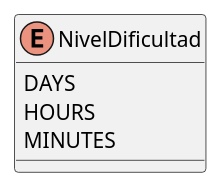
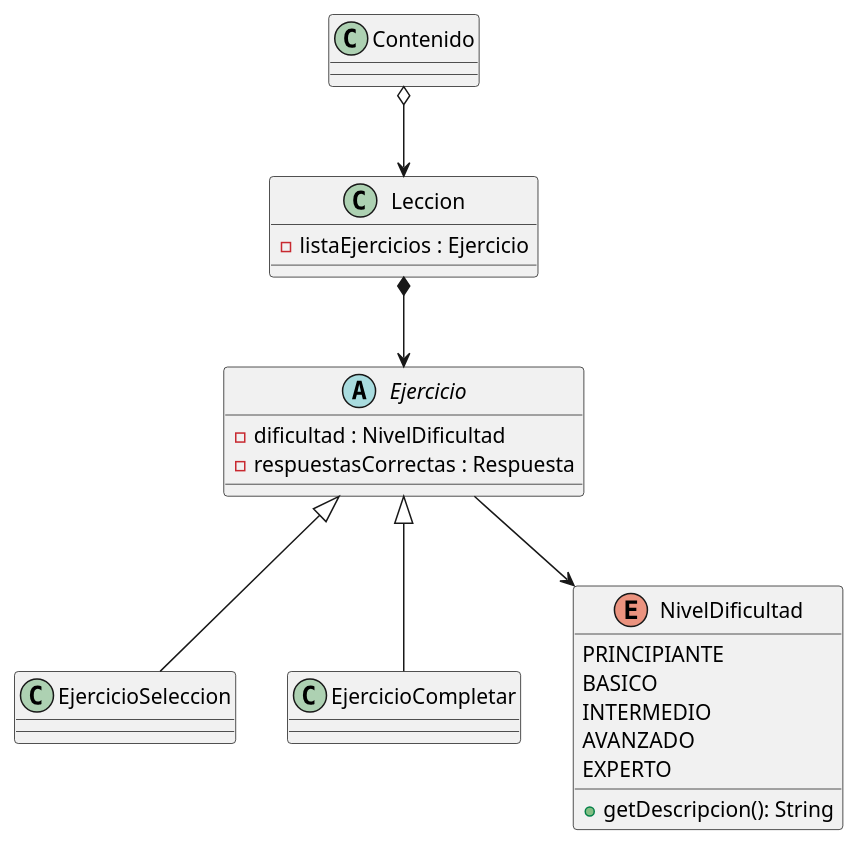
One commit to FernandoHuilca/HelloCode_Software changed the diagram in src/EjerciciosIteractivos_Modulo/Diagramas/DiagramaClasesGeneral.puml. Above: the diagram before and after it, drawn with PlantUML. The commit also changed 9 other files, not shown here.

Commit message:
Primer acercamiento, mostrar opcines de ejercicio de seleccion

```diff
--- a/src/EjerciciosIteractivos_Modulo/Diagramas/DiagramaClasesGeneral.puml
+++ b/src/EjerciciosIteractivos_Modulo/Diagramas/DiagramaClasesGeneral.puml
@@ -1,11 +1,40 @@
 @startuml
 'https://plantuml.com/class-diagram
 
 
-enum NivelDificultad {
-DAYS
-HOURS
-MINUTES
+class Leccion {
+ - listaEjercicios : Ejercicio
 }
 
+
+abstract class Ejercicio{
+    - dificultad : NivelDificultad
+    - respuestasCorrectas : Respuesta
+}
+
+class EjercicioSeleccion{
+
+}
+class EjercicioCompletar{
+
+}
+
+
+enum NivelDificultad {
+    PRINCIPIANTE
+    BASICO
+    INTERMEDIO
+    AVANZADO
+    EXPERTO
+
+    +getDescripcion(): String
+
+}
+
+Contenido o--> Leccion
+Leccion *--> Ejercicio
+EjercicioCompletar --u|> Ejercicio
+EjercicioSeleccion --u|> Ejercicio
+Ejercicio --> NivelDificultad
+
 @enduml
```
